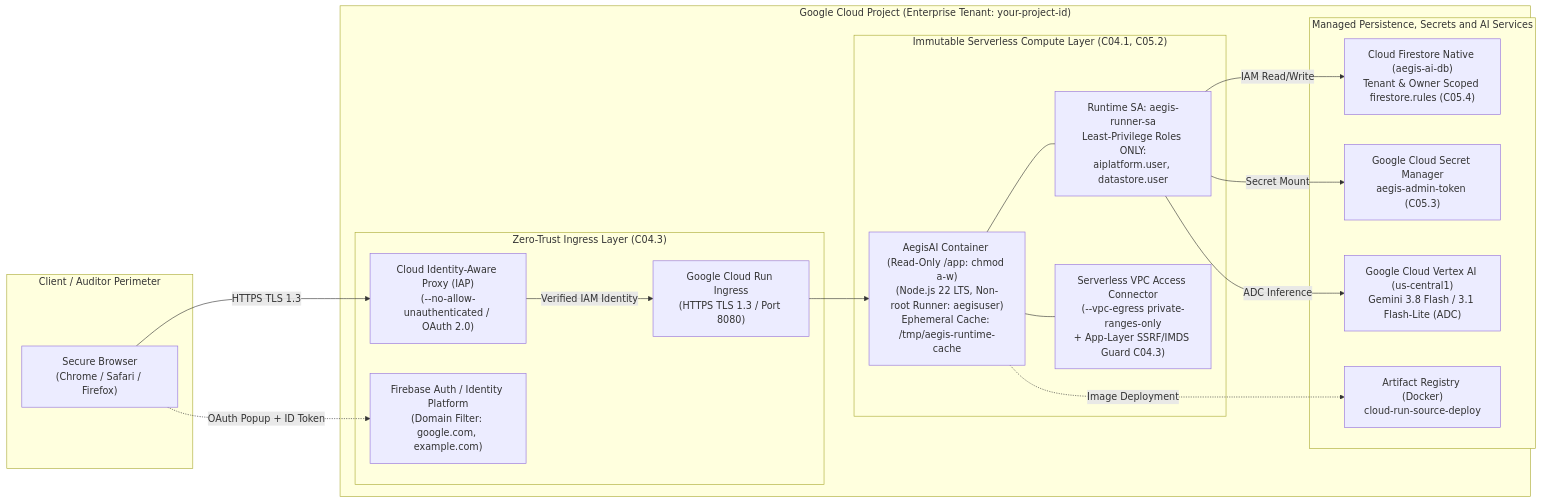
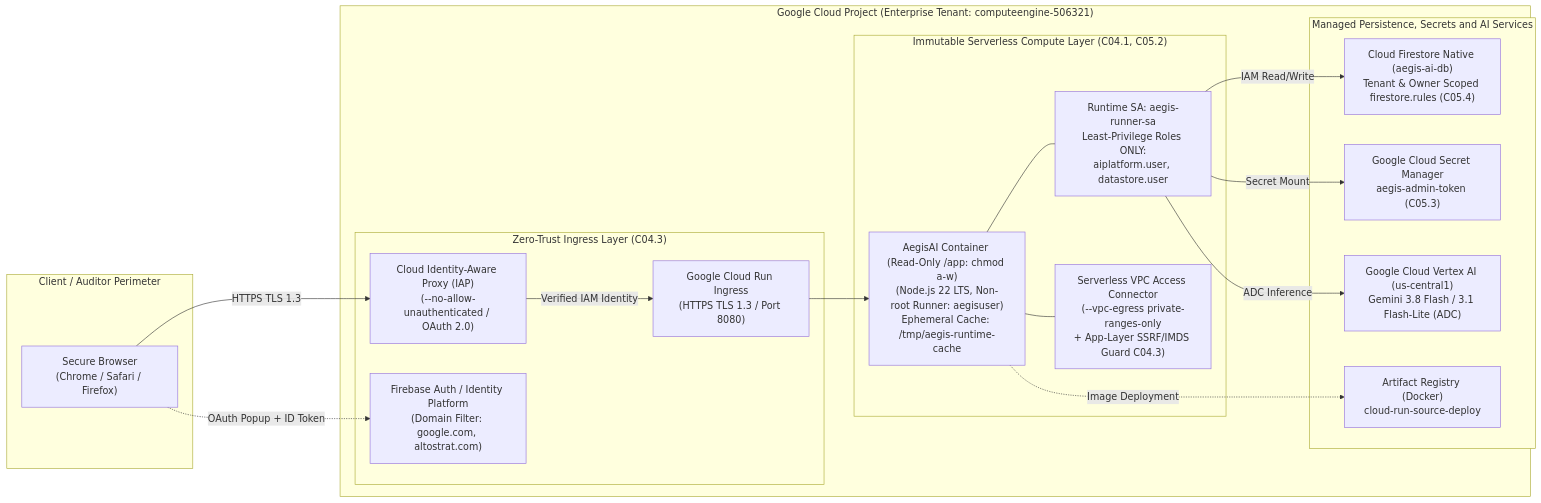
One commit to fjhuerta-67/AegisAI changed the third of 3 diagrams in docs/Manuals_english/2_SOFTWARE_ARCHITECTURE_DOCUMENT.md. Above: the diagram before and after it, drawn with Mermaid. The commit also changed other lines of this file and 85 other files, not shown here.

````diff
--- a/docs/Manuals_english/2_SOFTWARE_ARCHITECTURE_DOCUMENT.md
+++ b/docs/Manuals_english/2_SOFTWARE_ARCHITECTURE_DOCUMENT.md
@@ -226,38 +226,38 @@
 ```mermaid
 flowchart LR
     subgraph ClientPerimeter ["Client / Auditor Perimeter"]
         Browser["Secure Browser\n(Chrome / Safari / Firefox)"]
     end
 
-    subgraph GCP_Project ["Google Cloud Project (Enterprise Tenant: your-project-id)"]
+    subgraph GCP_Project ["Google Cloud Project (Enterprise Tenant: computeengine-506321)"]
         subgraph IngressLayer ["Zero-Trust Ingress Layer (C04.3)"]
             CloudIAP["Cloud Identity-Aware Proxy (IAP)\n(--no-allow-unauthenticated / OAuth 2.0)"]
             CloudRunFront["Google Cloud Run Ingress\n(HTTPS TLS 1.3 / Port 8080)"]
-            FirebaseAuth["Firebase Auth / Identity Platform\n(Domain Filter: google.com, example.com)"]
+            FirebaseAuth["Firebase Auth / Identity Platform\n(Domain Filter: google.com, altostrat.com)"]
         end
 
         subgraph ComputeLayer ["Immutable Serverless Compute Layer (C04.1, C05.2)"]
             Container["AegisAI Container (Read-Only /app: chmod a-w)\n(Node.js 22 LTS, Non-root Runner: aegisuser)\nEphemeral Cache: /tmp/aegis-runtime-cache"]
             ServiceAccount["Runtime SA: aegis-runner-sa\nLeast-Privilege Roles ONLY:\naiplatform.user, datastore.user"]
             VPCConnector["Serverless VPC Access Connector\n(--vpc-egress private-ranges-only\n+ App-Layer SSRF/IMDS Guard C04.3)"]
         end
 
         subgraph DataAndAILayer ["Managed Persistence, Secrets and AI Services"]
             FirestoreDB["Cloud Firestore Native (aegis-ai-db)\nTenant & Owner Scoped firestore.rules (C05.4)"]
             SecretMgr["Google Cloud Secret Manager\naegis-admin-token (C05.3)"]
             VertexAI["Google Cloud Vertex AI (us-central1)\nGemini 3.8 Flash / 3.1 Flash-Lite (ADC)"]
             ArtifactReg["Artifact Registry (Docker)\ncloud-run-source-deploy"]
         end
     end
 
     Browser -->|HTTPS TLS 1.3| CloudIAP
     CloudIAP -->|Verified IAM Identity| CloudRunFront
     Browser -.->|OAuth Popup + ID Token| FirebaseAuth
     CloudRunFront --> Container
     Container --- ServiceAccount
     Container --- VPCConnector
     ServiceAccount -->|IAM Read/Write| FirestoreDB
     ServiceAccount -->|Secret Mount| SecretMgr
     ServiceAccount -->|ADC Inference| VertexAI
     Container -.->|Image Deployment| ArtifactReg
 ```
````
